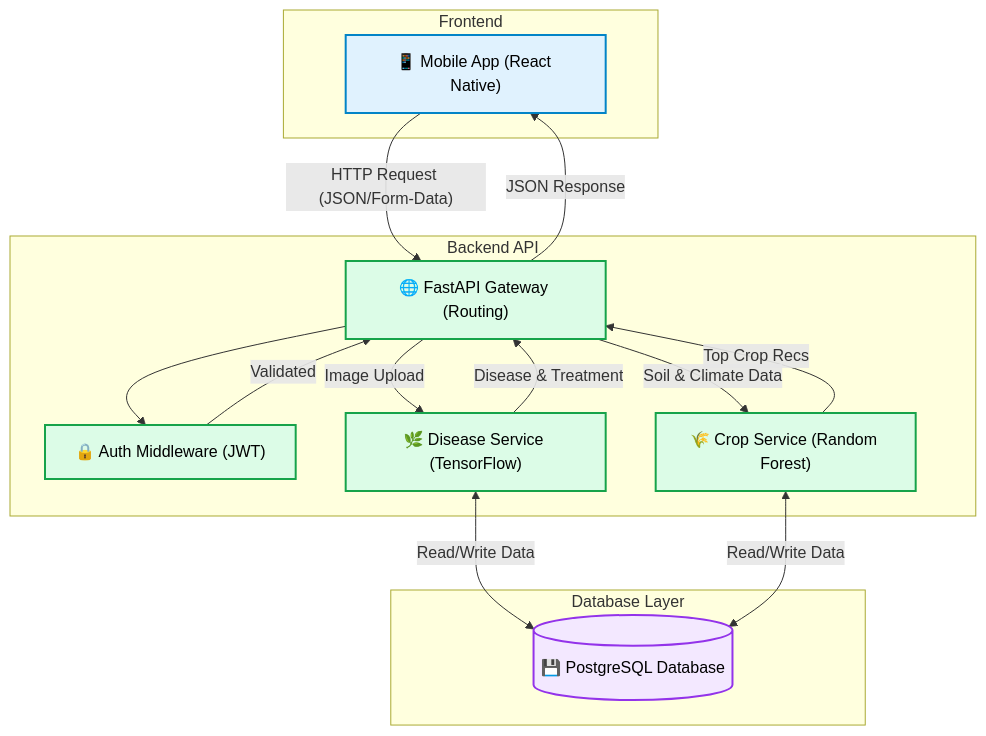
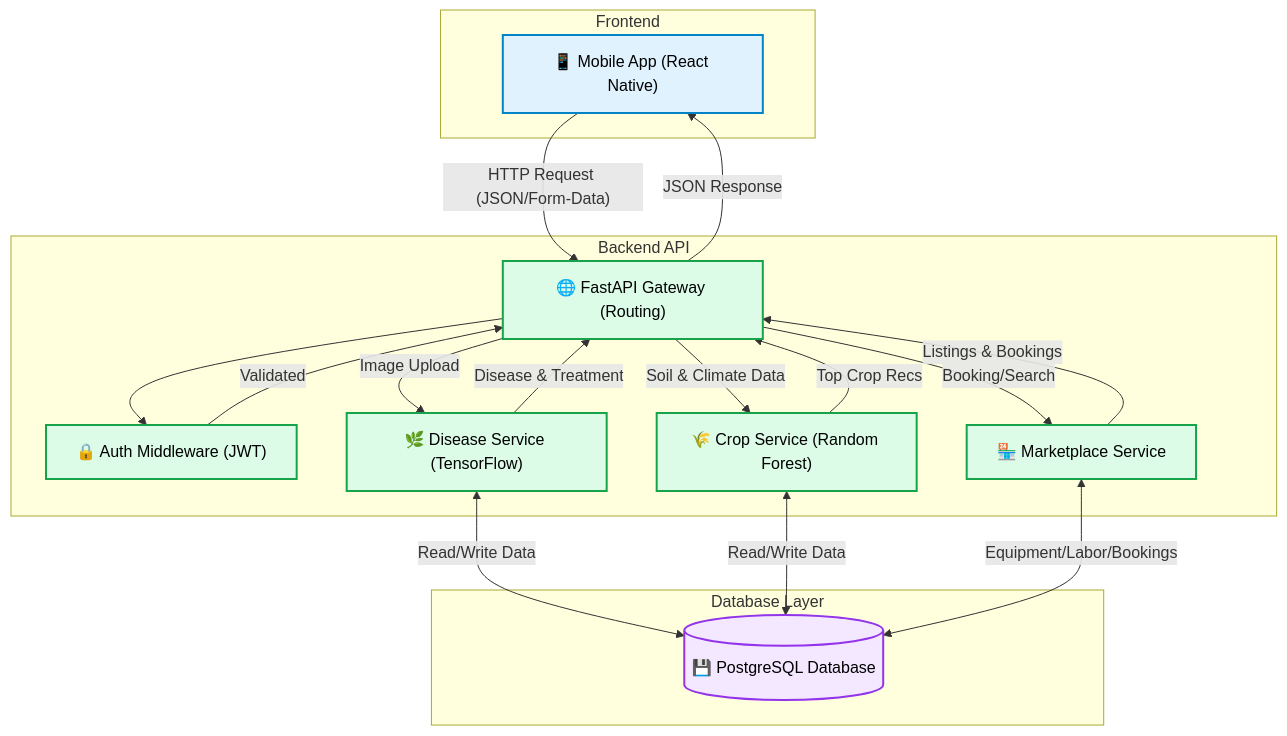
The diagram in README.md (Peeyush2473/Smart-Agriculture), drawn with Mermaid before and after one commit. The commit also changed other lines of this file and 15 other files, not shown here.

````diff
--- a/README.md
+++ b/README.md
@@ -55,40 +61,44 @@
 ```mermaid
 graph TD
     subgraph Frontend
         Mobile["📱 Mobile App (React Native)"]
     end
 
     subgraph Backend API
         API["🌐 FastAPI Gateway (Routing)"]
         Auth["🔒 Auth Middleware (JWT)"]
         DiseaseSvc["🌿 Disease Service (TensorFlow)"]
         CropSvc["🌾 Crop Service (Random Forest)"]
+        MarketSvc["🏪 Marketplace Service"]
     end
 
     subgraph Database Layer
         DB[("💾 PostgreSQL Database")]
     end
 
     Mobile -- "HTTP Request (JSON/Form-Data)" --> API
     API --> Auth
     Auth -- "Validated" --> API
     
     API -- "Image Upload" --> DiseaseSvc
     API -- "Soil & Climate Data" --> CropSvc
+    API -- "Booking/Search" --> MarketSvc
     
     DiseaseSvc <--> |"Read/Write Data"| DB
     CropSvc <--> |"Read/Write Data"| DB
+    MarketSvc <--> |"Equipment/Labor/Bookings"| DB
     
     DiseaseSvc -- "Disease & Treatment" --> API
     CropSvc -- "Top Crop Recs" --> API
+    MarketSvc -- "Listings & Bookings" --> API
     
     API -- "JSON Response" --> Mobile
 
     classDef frontend fill:#e0f2fe,stroke:#0284c7,stroke-width:2px,color:#000;
     classDef backend fill:#dcfce7,stroke:#16a34a,stroke-width:2px,color:#000;
     classDef database fill:#f3e8ff,stroke:#9333ea,stroke-width:2px,color:#000;
 
     class Mobile frontend;
-    class API,Auth,DiseaseSvc,CropSvc backend;
+    class API,Auth,DiseaseSvc,CropSvc,MarketSvc backend;
     class DB database;
 ```
````
